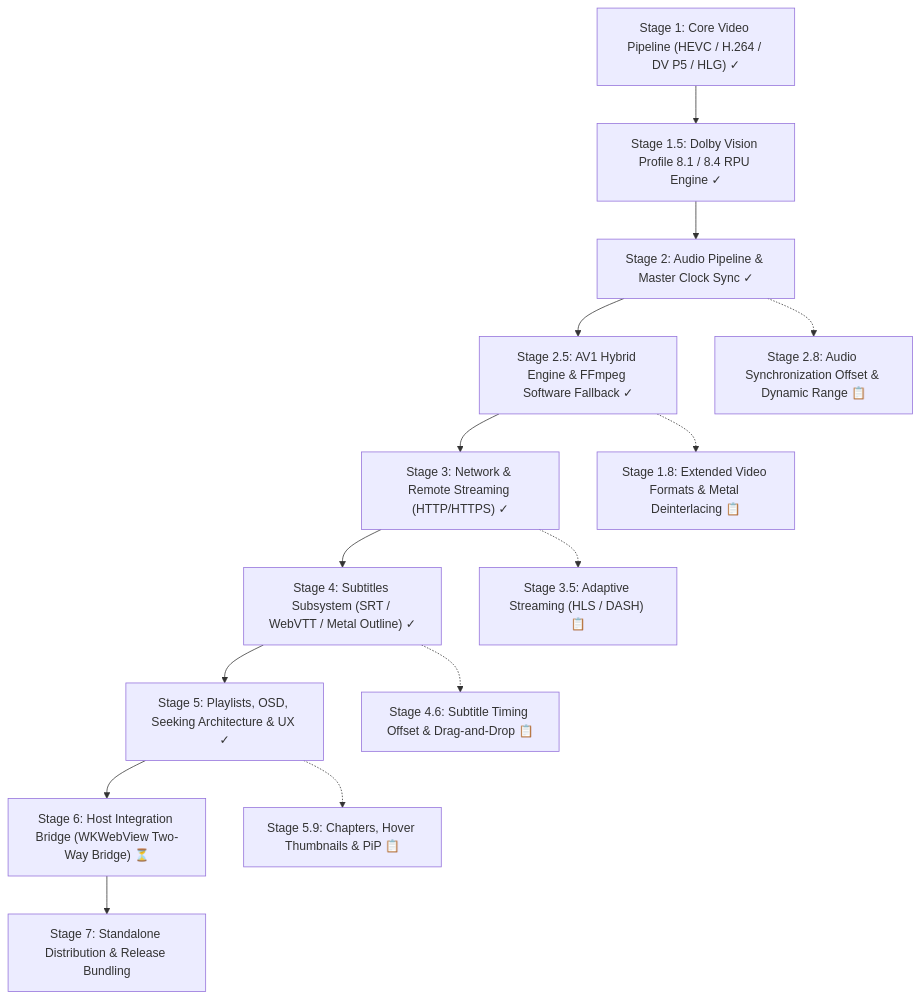
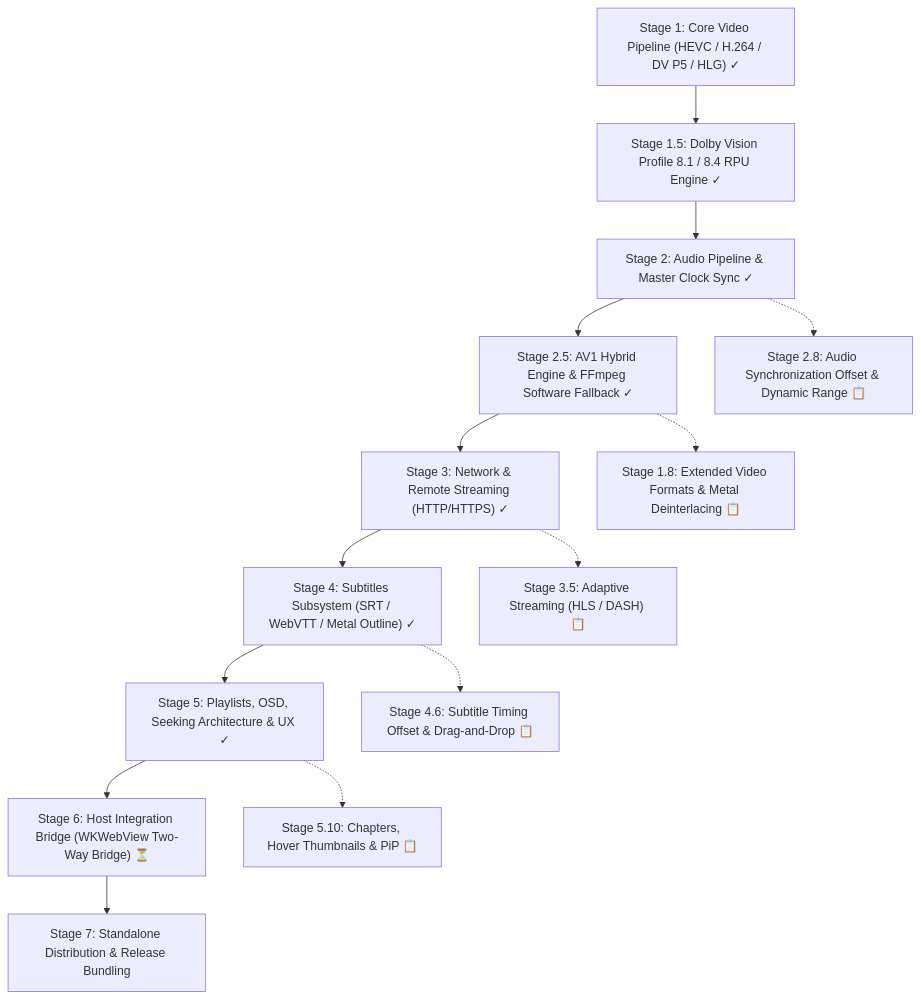
One commit to ghotriw/nits changed the diagram in docs/ROADMAP.md. Above: the diagram before and after it, drawn with Mermaid. The commit also changed other lines of this file and 9 other files, not shown here.

````diff
--- a/docs/ROADMAP.md
+++ b/docs/ROADMAP.md
@@ -24,17 +24,17 @@
 ```mermaid
 flowchart TD
     M1["Stage 1: Core Video Pipeline (HEVC / H.264 / DV P5 / HLG) ✓"] --> M15["Stage 1.5: Dolby Vision Profile 8.1 / 8.4 RPU Engine ✓"]
     M15 --> M2["Stage 2: Audio Pipeline & Master Clock Sync ✓"]
     M2 --> M25["Stage 2.5: AV1 Hybrid Engine & FFmpeg Software Fallback ✓"]
     M25 --> M3["Stage 3: Network & Remote Streaming (HTTP/HTTPS) ✓"]
     M3 --> M4["Stage 4: Subtitles Subsystem (SRT / WebVTT / Metal Outline) ✓"]
     M4 --> M5["Stage 5: Playlists, OSD, Seeking Architecture & UX ✓"]
     M5 --> M6["Stage 6: Host Integration Bridge (WKWebView Two-Way Bridge) ⏳"]
     M6 --> M7["Stage 7: Standalone Distribution & Release Bundling"]
     
     M25 -.-> M1X["Stage 1.8: Extended Video Formats & Metal Deinterlacing 📋"]
     M2 -.-> M2X["Stage 2.8: Audio Synchronization Offset & Dynamic Range 📋"]
     M3 -.-> M3X["Stage 3.5: Adaptive Streaming (HLS / DASH) 📋"]
     M4 -.-> M4X["Stage 4.6: Subtitle Timing Offset & Drag-and-Drop 📋"]
-    M5 -.-> M5X["Stage 5.9: Chapters, Hover Thumbnails & PiP 📋"]
+    M5 -.-> M5X["Stage 5.10: Chapters, Hover Thumbnails & PiP 📋"]
 ```
````
